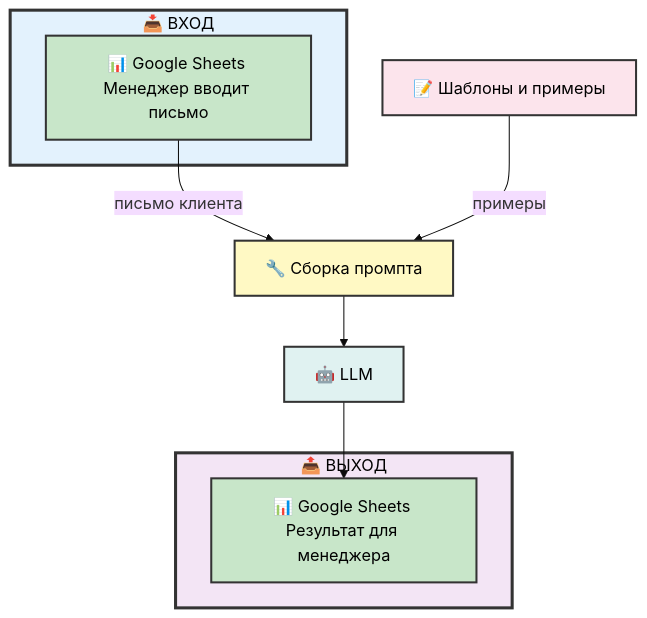
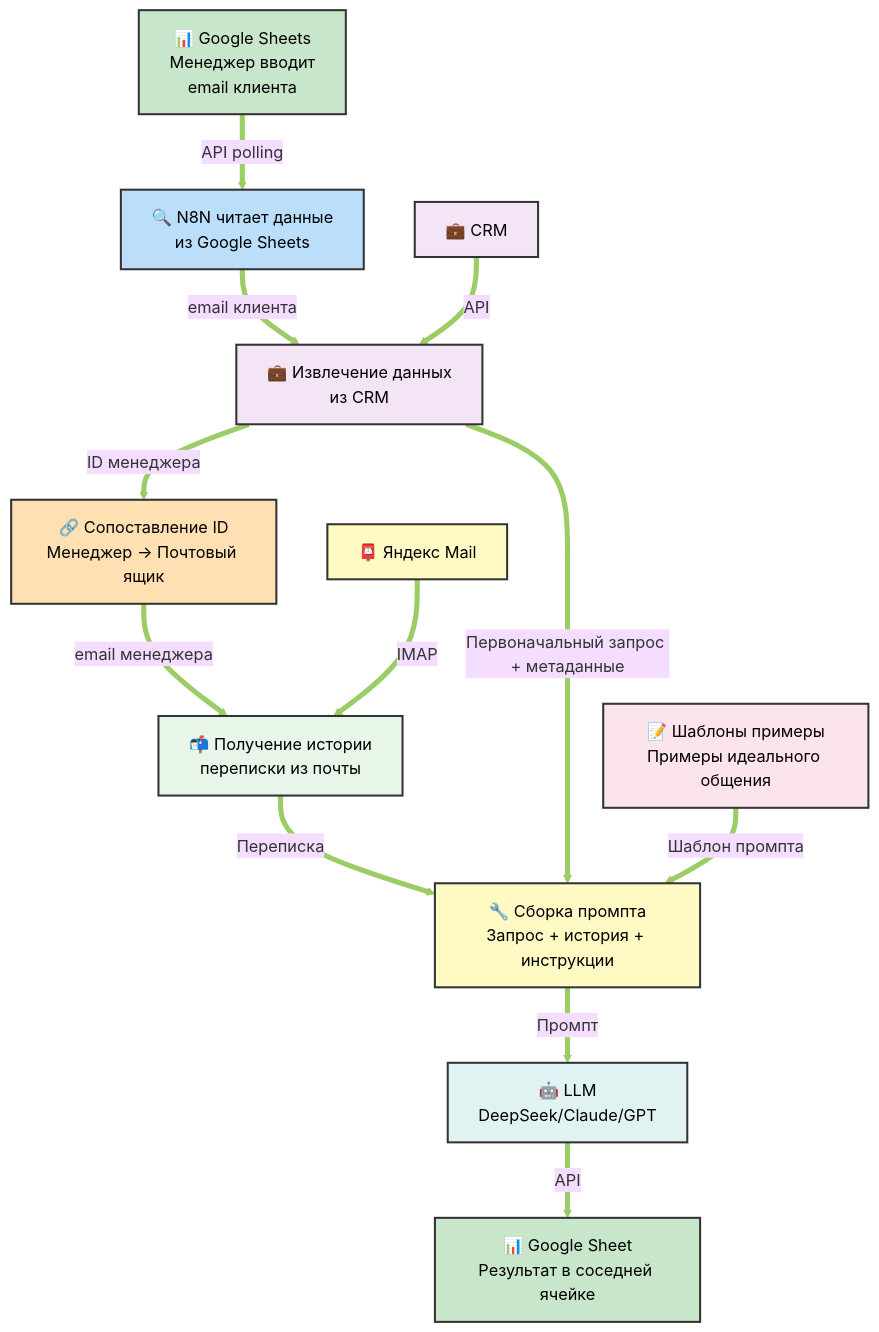
One commit to Coderader1337/MoveToRussia-agent changed the diagram in architecture_diagram.md. Above: the diagram before and after it, drawn with Mermaid (base theme). The commit also changed other lines of this file and 28 other files, not shown here.

````diff
--- a/architecture_diagram.md
+++ b/architecture_diagram.md
@@ -3,27 +3,49 @@
 ```mermaid
 graph TD
-    subgraph INPUT[📥 ВХОД]
-        A[📊 Google Sheets Менеджер вводит письмо]
-    end
+    A["📊 Google Sheets<br/>Менеджер вводит<br/>email клиента"]
     
-    B[📝 Шаблоны и примеры]
+    B["🔍 N8N читает данные<br/>из Google Sheets"]
+    A -->|API polling| B
     
-    A -->|письмо клиента| C[🔧 Сборка промпта]
-    B -->|примеры| C
+    C["💼 Извлечение данных<br/>из CRM"]
+    B -->|email клиента| C
     
-    C --> D[🤖 LLM]
+    CRM["💼 CRM"]
+    CRM -->|API| C
     
-    subgraph OUTPUT[📤 ВЫХОД]
-        E[📊 Google Sheets Результат для менеджера]
-    end
+    D["🔗 Сопоставление ID<br/>Менеджер → Почтовый ящик"]
+    C -->|ID менеджера| D
     
-    D --> E
+    E["📬 Получение истории<br/>переписки из почты"]
+    D -->|email менеджера| E
+    
+    F["📮 Яндекс Mail"]
+    F -->|IMAP| E
+    
+    G["🔧 Сборка промпта<br/>Запрос + история + инструкции"]
+    E -->|Переписка| G
+    C -->|Первоначальный запрос + метаданные| G
+    
+    H["📝 Шаблоны примеры<br/>Примеры идеального общения"]
+    H -->|Шаблон промпта| G
+    
+    I["🤖 LLM<br/>DeepSeek/Claude/GPT"]
+    G -->|Промпт| I
+    
+    J["📊 Google Sheet<br/>Результат в соседней ячейке"]
+    I -->|API| J
     
     style A fill:#c8e6c9,stroke:#333,stroke-width:2px,color:#000
-    style B fill:#fce4ec,stroke:#333,stroke-width:2px,color:#000
-    style C fill:#fff9c4,stroke:#333,stroke-width:2px,color:#000
-    style D fill:#e0f2f1,stroke:#333,stroke-width:2px,color:#000
-    style E fill:#c8e6c9,stroke:#333,stroke-width:2px,color:#000
-    style INPUT fill:#e3f2fd,stroke:#333,stroke-width:3px,color:#000
-    style OUTPUT fill:#f3e5f5,stroke:#333,stroke-width:3px,color:#000
+    style B fill:#bbdefb,stroke:#333,stroke-width:2px,color:#000
+    style C fill:#f3e5f5,stroke:#333,stroke-width:2px,color:#000
+    style CRM fill:#f3e5f5,stroke:#333,stroke-width:2px,color:#000
+    style D fill:#ffe0b2,stroke:#333,stroke-width:2px,color:#000
+    style E fill:#e8f5e9,stroke:#333,stroke-width:2px,color:#000
+    style F fill:#fff9c4,stroke:#333,stroke-width:2px,color:#000
+    style G fill:#fff9c4,stroke:#333,stroke-width:2px,color:#000
+    style H fill:#fce4ec,stroke:#333,stroke-width:2px,color:#000
+    style I fill:#e0f2f1,stroke:#333,stroke-width:2px,color:#000
+    style J fill:#c8e6c9,stroke:#333,stroke-width:2px,color:#000
+    
+    linkStyle default stroke:#9ccc65,stroke-width:5px
 ```
````
